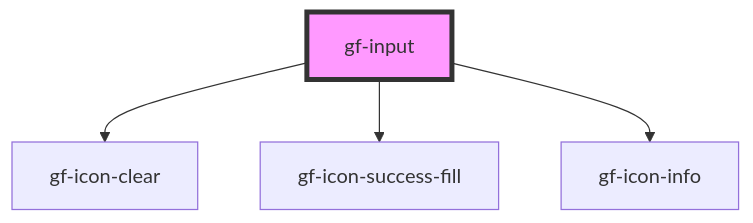
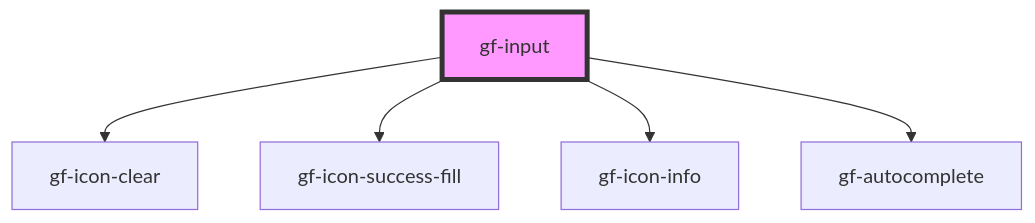
One commit to huangguangfa/mules changed the diagram in packages/sten-components/src/components/input/readme.md. Above: the diagram before and after it, drawn with Mermaid. The commit also changed other lines of this file and 25 other files, not shown here.

````diff
--- a/packages/sten-components/src/components/input/readme.md
+++ b/packages/sten-components/src/components/input/readme.md
@@ -49,7 +52,8 @@
 ```mermaid
 graph TD;
   gf-input --> gf-icon-clear
   gf-input --> gf-icon-success-fill
   gf-input --> gf-icon-info
+  gf-input --> gf-autocomplete
   style gf-input fill:#f9f,stroke:#333,stroke-width:4px
 ```
````
